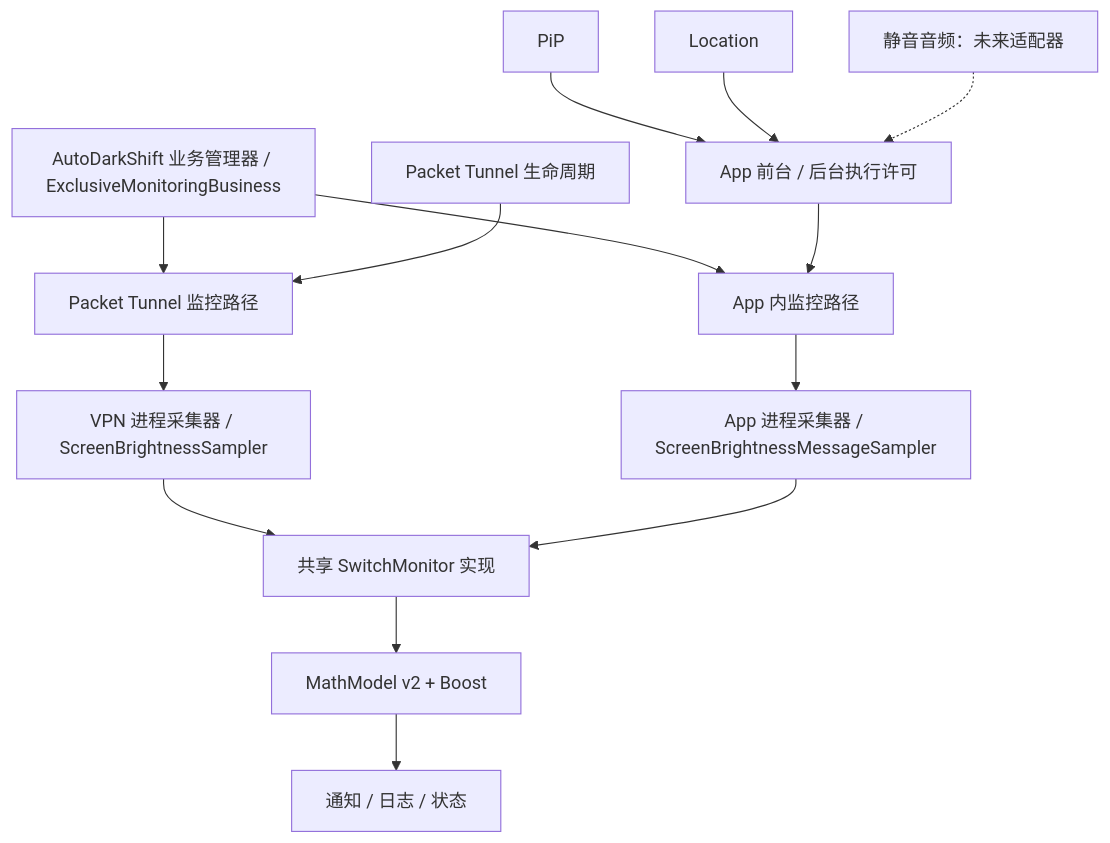
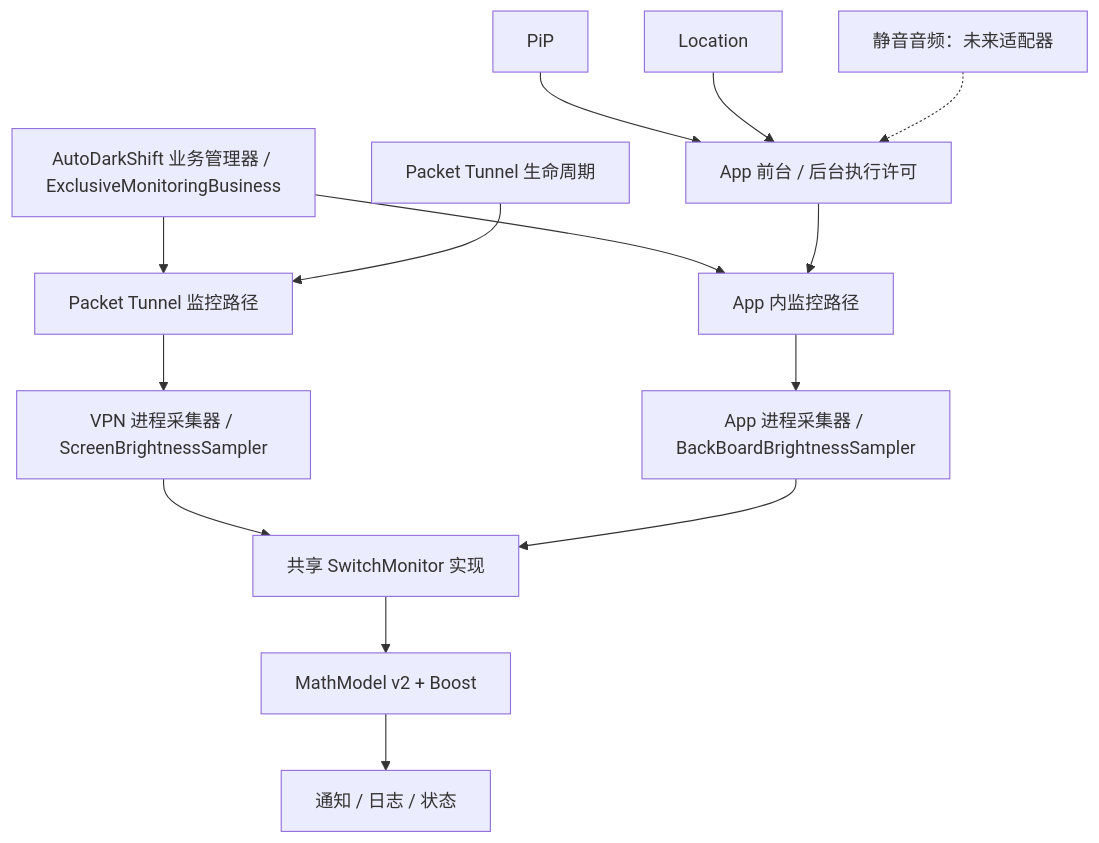
The diagram in docs/ARCHITECTURE.md (CodeBH0/AutoDarkShift), drawn with Mermaid before and after one commit. The commit also changed other lines of this file and 26 other files, not shown here.

````diff
--- a/docs/ARCHITECTURE.md
+++ b/docs/ARCHITECTURE.md
@@ -7,17 +7,17 @@
 ```mermaid
 flowchart TD
     A[AutoDarkShift 业务管理器 / ExclusiveMonitoringBusiness]
     A --> B[Packet Tunnel 监控路径]
     A --> C[App 内监控路径]
     D[Packet Tunnel 生命周期] --> B
     E[App 前台 / 后台执行许可] --> C
     F[PiP] --> E
     G[Location] --> E
     H[静音音频：未来适配器] -.-> E
     B --> I[VPN 进程采集器 / ScreenBrightnessSampler]
-    C --> J[App 进程采集器 / ScreenBrightnessMessageSampler]
+    C --> J[App 进程采集器 / BackBoardBrightnessSampler]
     I --> K[共享 SwitchMonitor 实现]
     J --> K
     K --> L[MathModel v2 + Boost]
     L --> M[通知 / 日志 / 状态]
 ```
````
